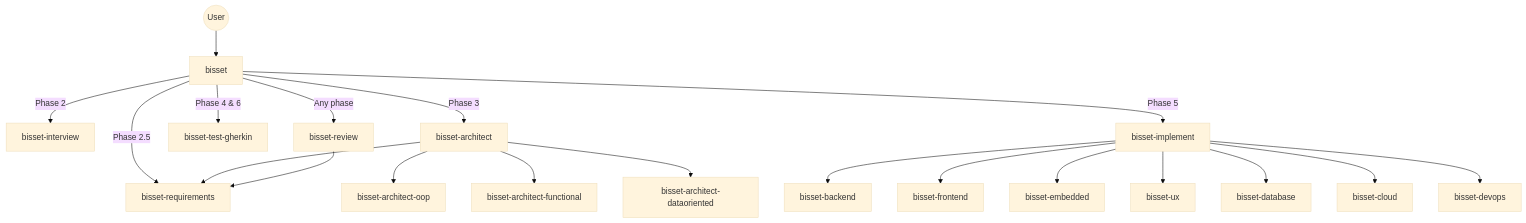
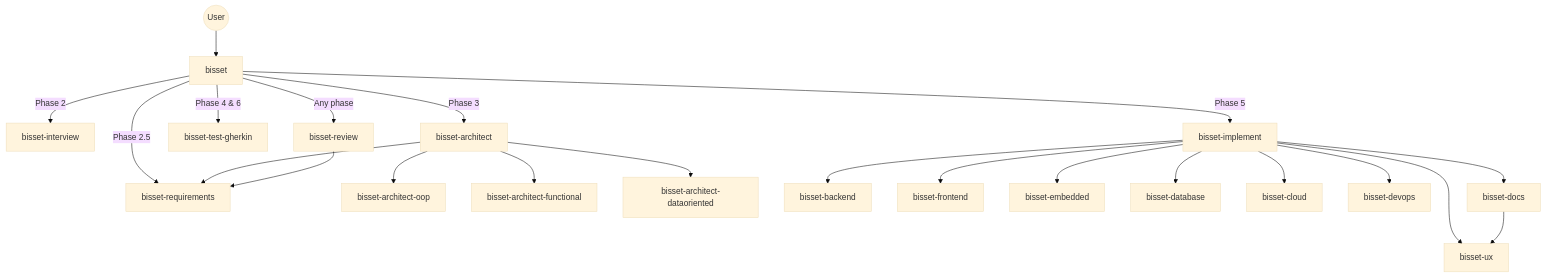
One commit to damn-fine-pizza/bisset-mcp changed the diagram in README.md. Above: the diagram before and after it, drawn with Mermaid (base theme). The commit also changed other lines of this file and 3 other files, not shown here.

````diff
--- a/README.md
+++ b/README.md
@@ -28,26 +28,28 @@
 ```mermaid
 flowchart TD
     User((User)) --> bisset
 
     bisset -->|Phase 2| bi[bisset-interview]
     bisset -->|Phase 2.5| br[bisset-requirements]
     bisset -->|Phase 3| ba[bisset-architect]
     bisset -->|Phase 4 & 6| btg[bisset-test-gherkin]
     bisset -->|Phase 5| bim[bisset-implement]
     bisset -->|Any phase| brev[bisset-review]
 
     ba --> ba_oop[bisset-architect-oop]
     ba --> ba_fn[bisset-architect-functional]
     ba --> ba_dod[bisset-architect-dataoriented]
     ba --> br
 
     brev --> br
 
     bim --> bback[bisset-backend]
     bim --> bfront[bisset-frontend]
     bim --> bemb[bisset-embedded]
     bim --> bux[bisset-ux]
     bim --> bdb[bisset-database]
     bim --> bcloud[bisset-cloud]
     bim --> bdevops[bisset-devops]
+    bim --> bdocs[bisset-docs]
+    bdocs --> bux
 ```
````
